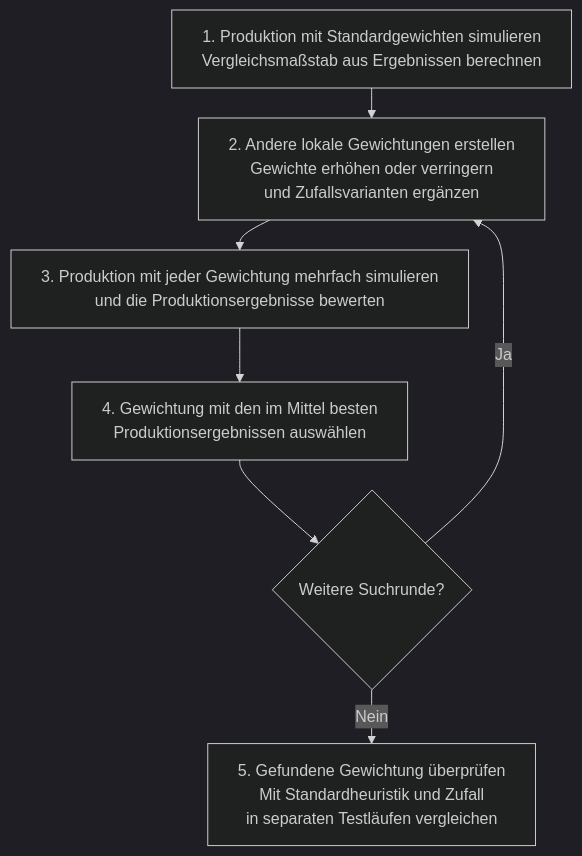
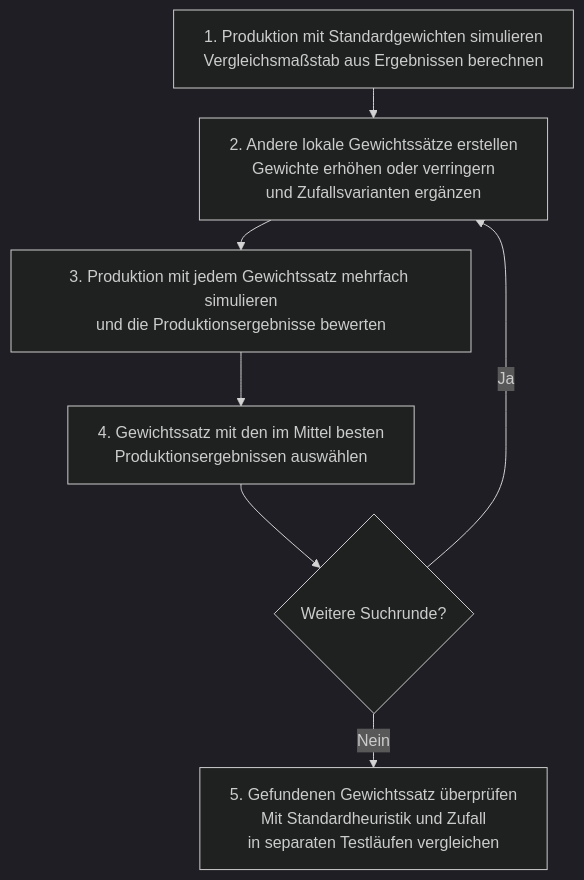
Before and after one commit to ghackenberg/SpineML: diagram 14 of 15 in README.md, drawn with Mermaid (dark theme). The commit also changed other lines of this file, not shown here.

````diff
--- a/README.md
+++ b/README.md
@@ -2069,16 +2069,16 @@
 ```mermaid
 ---
 config:
   flowchart:
     wrappingWidth: 400
     rankSpacing: 30
 ---
 flowchart TD
     A["1. Produktion mit Standardgewichten simulieren<br/>Vergleichsmaßstab aus Ergebnissen berechnen"]
-    A --> B["2. Andere lokale Gewichtungen erstellen<br/>Gewichte erhöhen oder verringern<br/>und Zufallsvarianten ergänzen"]
-    B --> C["3. Produktion mit jeder Gewichtung mehrfach simulieren<br/>und die Produktionsergebnisse bewerten"]
-    C --> D["4. Gewichtung mit den im Mittel besten<br/>Produktionsergebnissen auswählen"]
+    A --> B["2. Andere lokale Gewichtssätze erstellen<br/>Gewichte erhöhen oder verringern<br/>und Zufallsvarianten ergänzen"]
+    B --> C["3. Produktion mit jedem Gewichtssatz mehrfach simulieren<br/>und die Produktionsergebnisse bewerten"]
+    C --> D["4. Gewichtssatz mit den im Mittel besten<br/>Produktionsergebnissen auswählen"]
     D --> E{"Weitere Suchrunde?"}
     E -- Ja --> B
-    E -- Nein --> F["5. Gefundene Gewichtung überprüfen<br/>Mit Standardheuristik und Zufall<br/>in separaten Testläufen vergleichen"]
+    E -- Nein --> F["5. Gefundenen Gewichtssatz überprüfen<br/>Mit Standardheuristik und Zufall<br/>in separaten Testläufen vergleichen"]
 ```
````
